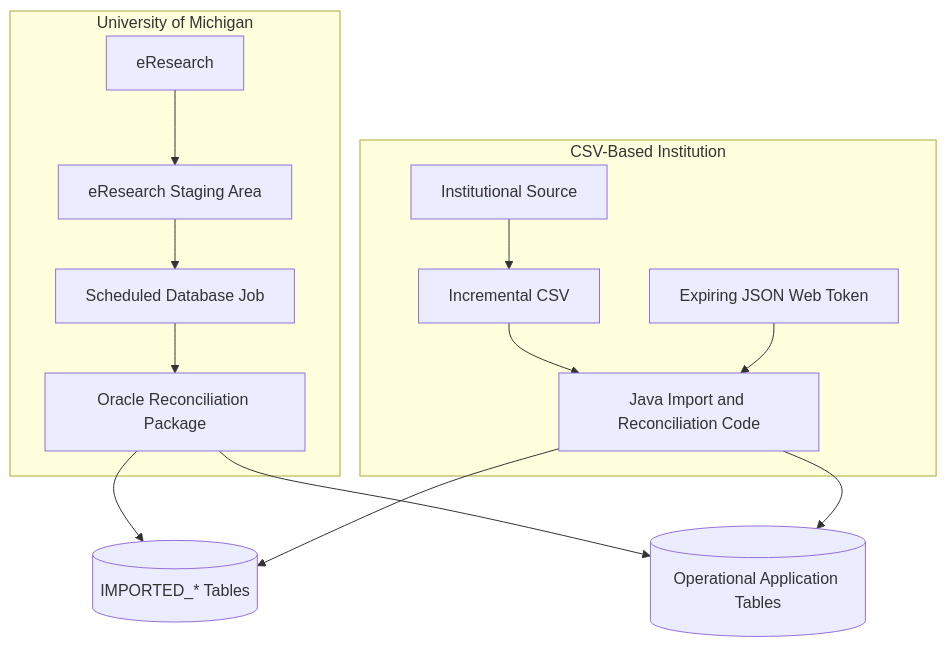
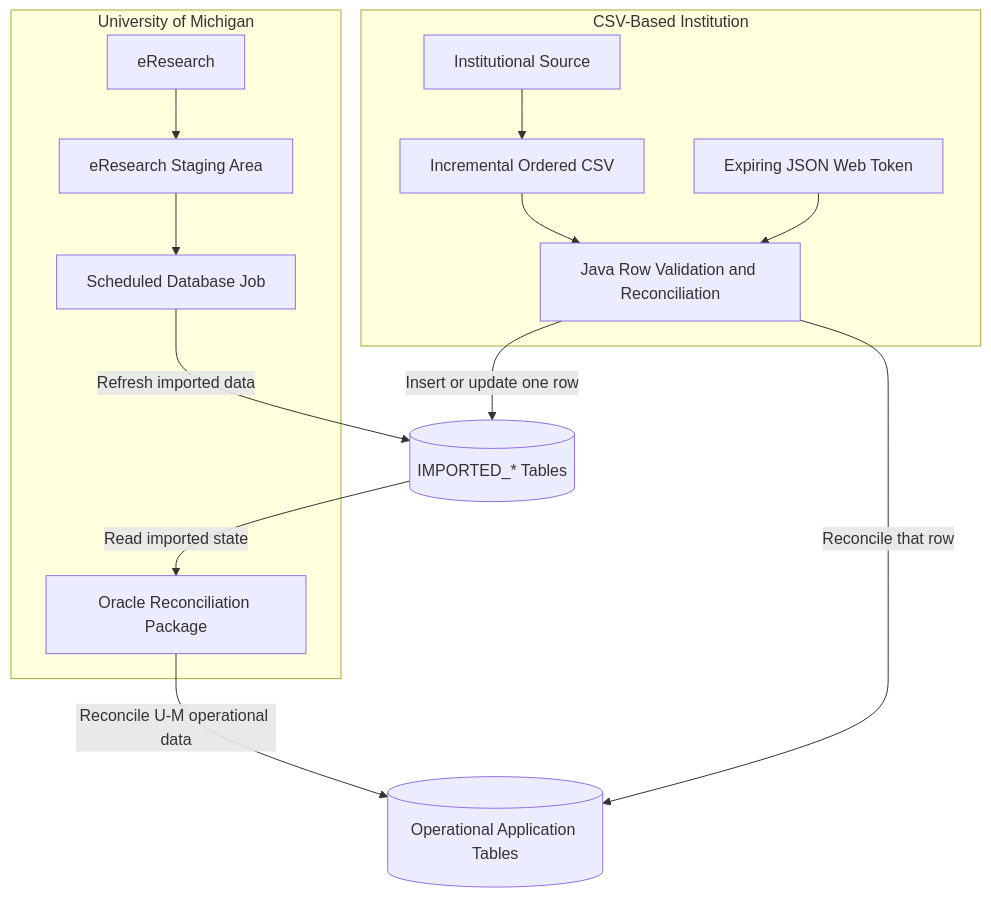
Before and after one commit to umich-michr/yhr-context: the diagram in docs/03-institutional-governance/import-pipeline.md, drawn with Mermaid. The commit also changed other lines of this file and 79 other files, not shown here.

````diff
--- a/docs/03-institutional-governance/import-pipeline.md
+++ b/docs/03-institutional-governance/import-pipeline.md
@@ -44,30 +49,30 @@
 ```mermaid
 flowchart TD
     subgraph UM["University of Michigan"]
         ER[eResearch]
         STAGE[eResearch Staging Area]
         DBJOB[Scheduled Database Job]
         ORACLE[Oracle Reconciliation Package]
 
         ER --> STAGE
         STAGE --> DBJOB
-        DBJOB --> ORACLE
     end
 
     subgraph OTHER["CSV-Based Institution"]
         SOURCE[Institutional Source]
-        CSV[Incremental CSV]
+        CSV[Incremental Ordered CSV]
         JWT[Expiring JSON Web Token]
-        JAVA[Java Import and Reconciliation Code]
+        JAVA[Java Row Validation and Reconciliation]
 
         SOURCE --> CSV
         CSV --> JAVA
         JWT --> JAVA
     end
 
-    ORACLE --> IMPORTED[(IMPORTED_* Tables)]
-    ORACLE --> APPDATA[(Operational Application Tables)]
+    DBJOB -->|Refresh imported data| IMPORTED[(IMPORTED_* Tables)]
+    IMPORTED -->|Read imported state| ORACLE
+    ORACLE -->|Reconcile U-M operational data| APPDATA[(Operational Application Tables)]
 
-    JAVA --> IMPORTED
-    JAVA --> APPDATA
+    JAVA -->|Insert or update one row| IMPORTED
+    JAVA -->|Reconcile that row| APPDATA
 ```
````
